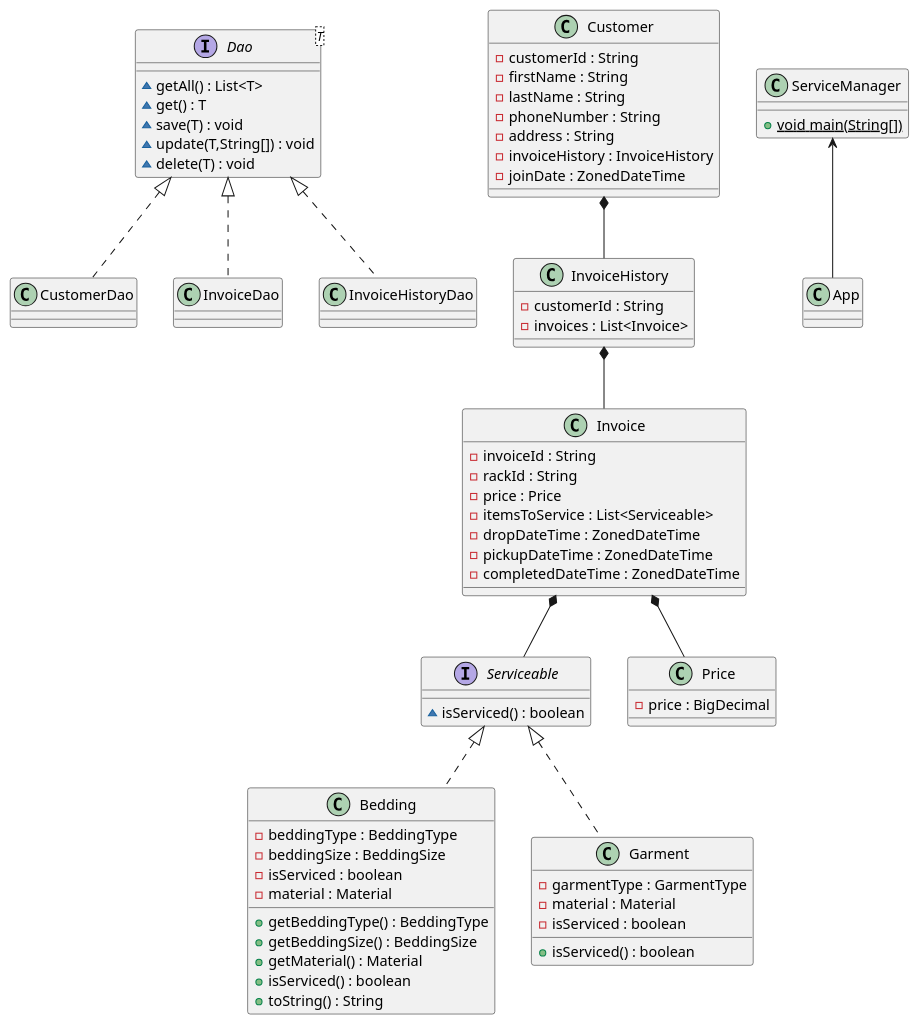
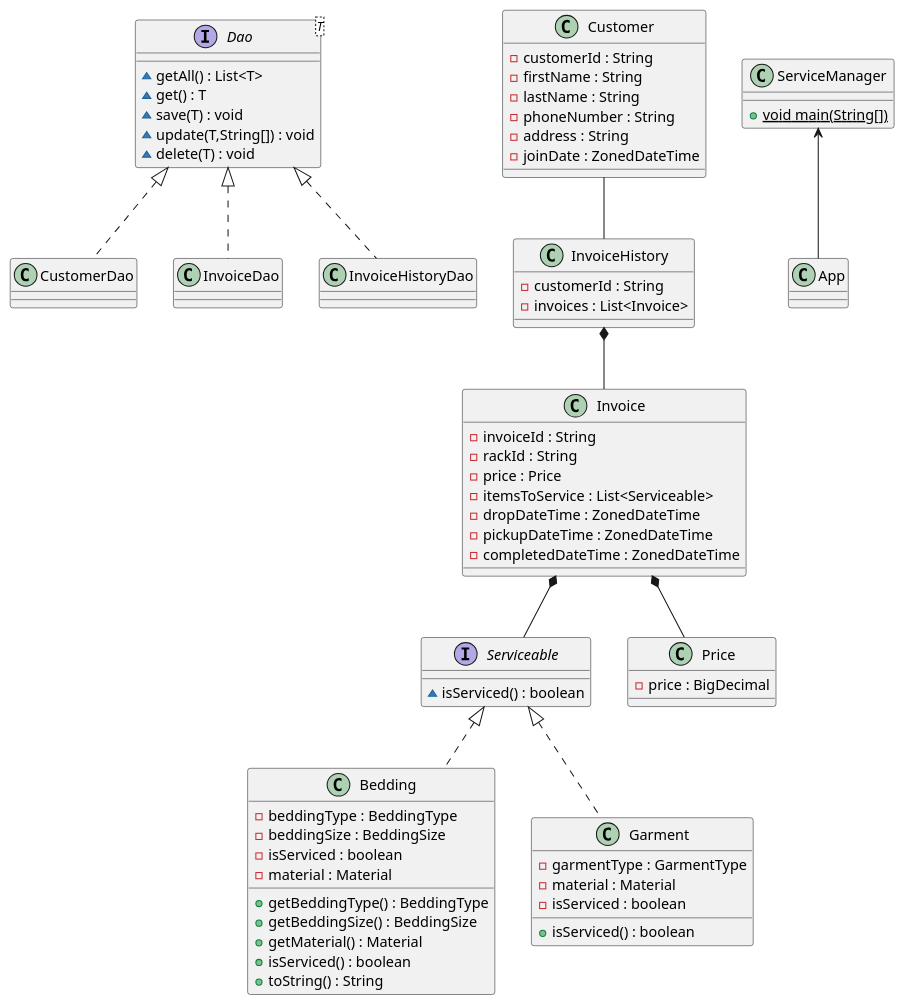
The diagram in ServiceManager/src/main/resources/ServiceManagerOverview.puml (willkim76/portfolio), drawn with PlantUML before and after one commit. The commit also changed 46 other files, not shown here.

```diff
--- a/ServiceManager/src/main/resources/ServiceManagerOverview.puml
+++ b/ServiceManager/src/main/resources/ServiceManagerOverview.puml
@@ -1,76 +1,76 @@
 @startuml
 class CustomerDao {
 }
 class Bedding {
 - beddingType : BeddingType
 - beddingSize : BeddingSize
 - isServiced : boolean
 - material : Material
 + getBeddingType() : BeddingType
 + getBeddingSize() : BeddingSize
 + getMaterial() : Material
 + isServiced() : boolean
 + toString() : String
 }
 class Invoice {
 - invoiceId : String
 - rackId : String
 - price : Price
 - itemsToService : List<Serviceable>
 - dropDateTime : ZonedDateTime
 - pickupDateTime : ZonedDateTime
 - completedDateTime : ZonedDateTime
 }
 class InvoiceHistory {
 - customerId : String
 - invoices : List<Invoice>
 }
 interface Serviceable {
 ~ isServiced() : boolean
 }
 interface Dao<T> {
 ~ getAll() : List<T>
 ~ get() : T
 ~ save(T) : void
 ~ update(T,String[]) : void
 ~ delete(T) : void
 }
 class InvoiceDao {
 }
 class Garment {
 - garmentType : GarmentType
 - material : Material
 - isServiced : boolean
 + isServiced() : boolean
 }
 class App {
 }
 class ServiceManager {
 + {static} void main(String[])
 }
 class Price {
 - price : BigDecimal
 }
 class Customer {
 - customerId : String
 - firstName : String
 - lastName : String
 - phoneNumber : String
 - address : String
-- invoiceHistory : InvoiceHistory
 - joinDate : ZonedDateTime
 }
 
 Serviceable <|.. Bedding
 Serviceable <|.. Garment
 Dao <|.. CustomerDao
 Dao <|.. InvoiceDao
 Dao <|.. InvoiceHistoryDao
 
+Customer -- InvoiceHistory
+
 Invoice *-- Serviceable
 Invoice *-- Price
-Customer *-- InvoiceHistory
 InvoiceHistory *-- Invoice
 
 ServiceManager <-- App
 @enduml
```
